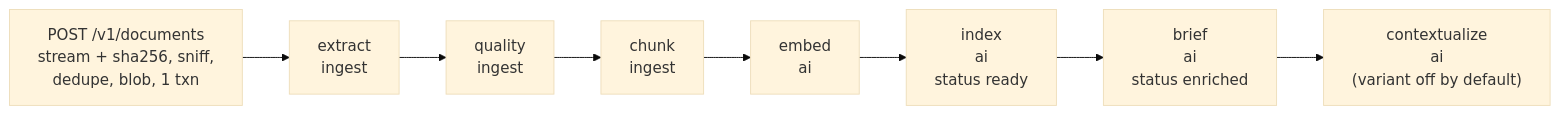
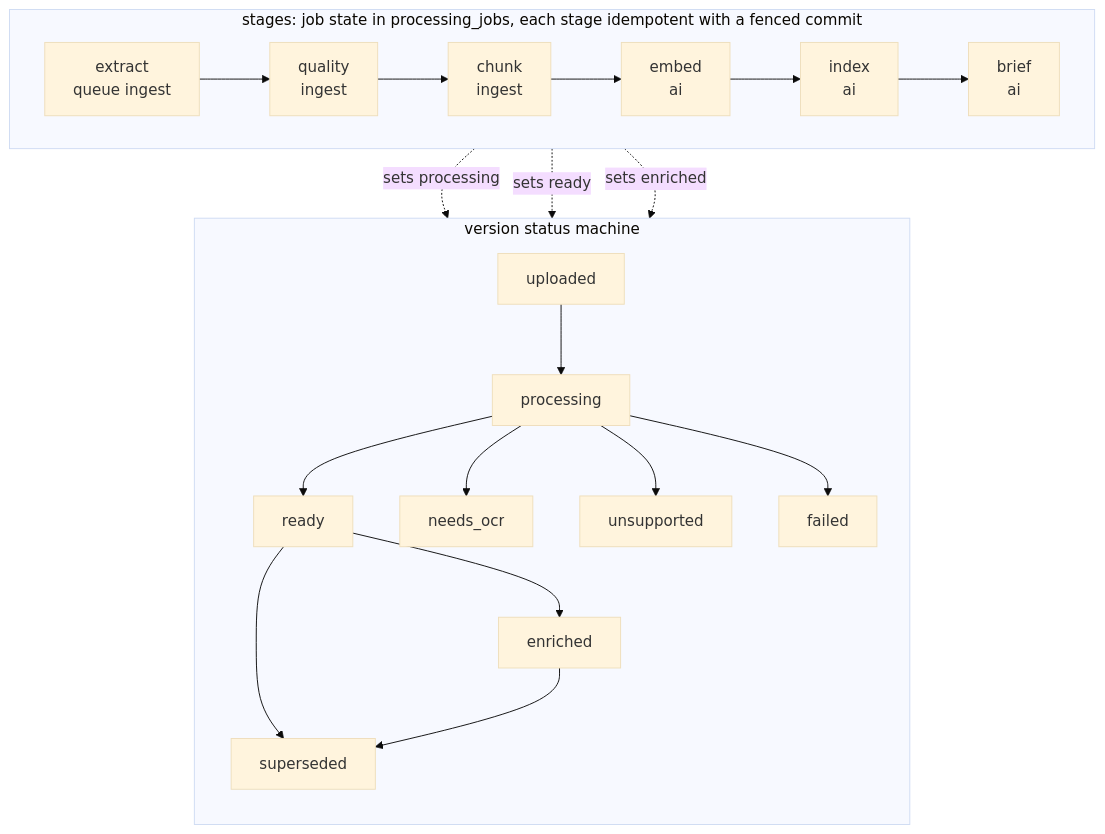
One commit to Madhav2310/Vault-System changed the third of 5 diagrams in ARCHITECTURE.md. Above: the diagram before and after it, drawn with Mermaid (base theme). The commit also changed other lines of this file and 11 other files, not shown here.

````diff
--- a/ARCHITECTURE.md
+++ b/ARCHITECTURE.md
@@ -183,5 +181,21 @@
 ```mermaid
-flowchart LR
-    up["POST /v1/documents<br/>stream + sha256, sniff,<br/>dedupe, blob, 1 txn"] --> ex
-    ex["extract<br/>ingest"] --> q["quality<br/>ingest"] --> ch["chunk<br/>ingest"] --> em["embed<br/>ai"] --> ix["index<br/>ai<br/>status ready"] --> br["brief<br/>ai<br/>status enriched"] --> cx["contextualize<br/>ai<br/>(variant off by default)"]
+flowchart TD
+    subgraph stages["stages: job state in processing_jobs, each stage idempotent with a fenced commit"]
+        direction LR
+        s1["extract<br/>queue ingest"] --> s2["quality<br/>ingest"] --> s3["chunk<br/>ingest"] --> s4["embed<br/>ai"] --> s5["index<br/>ai"] --> s6["brief<br/>ai"]
+    end
+    subgraph status["version status machine"]
+        direction TB
+        uploaded --> processing
+        processing --> ready
+        ready --> enriched
+        processing --> needs_ocr
+        processing --> unsupported
+        processing --> failed
+        ready --> superseded
+        enriched --> superseded
+    end
+    s1 -. "sets processing" .-> processing
+    s5 -. "sets ready" .-> ready
+    s6 -. "sets enriched" .-> enriched
 ```
````
